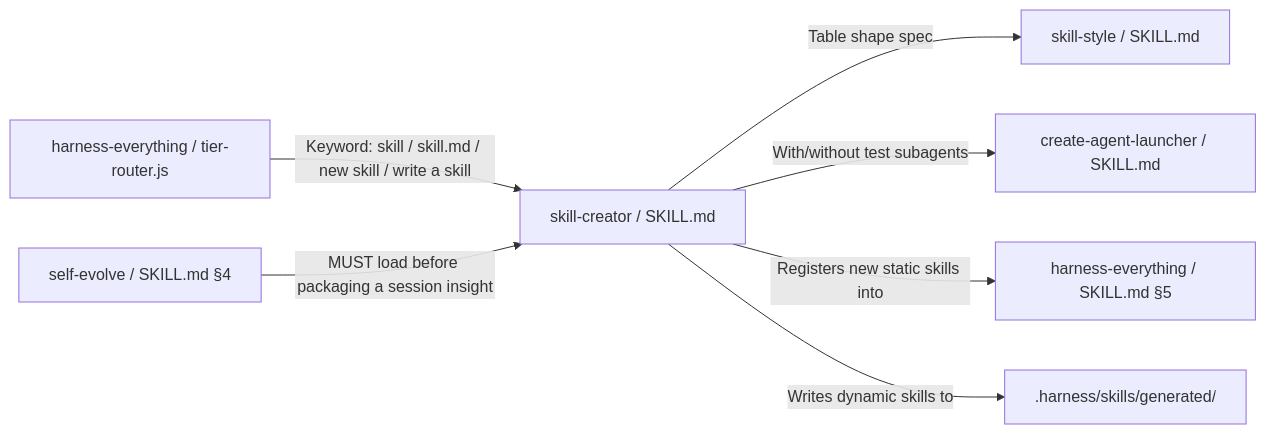
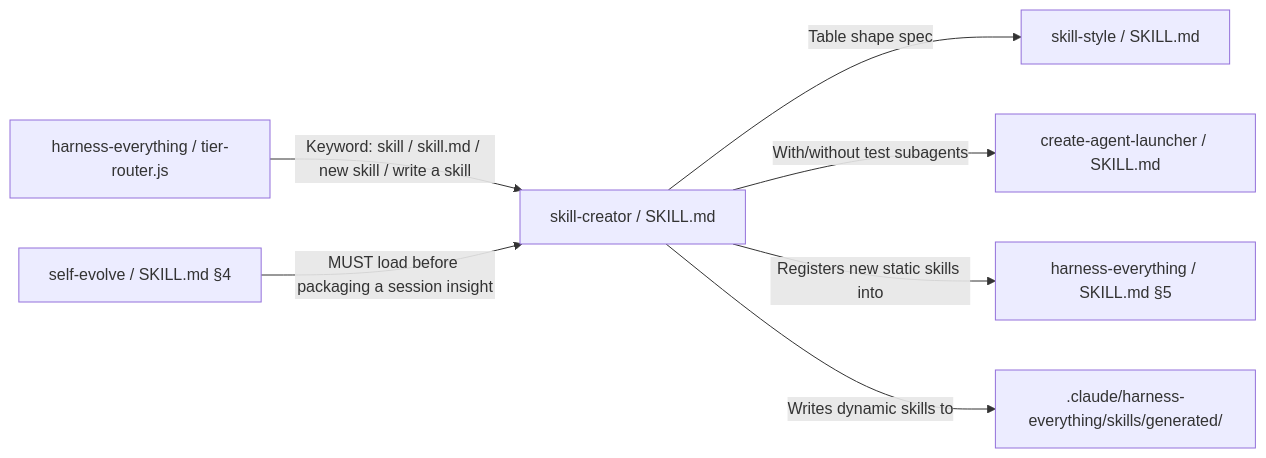
One commit to dyphn1/Harness-everything changed the second of 3 diagrams in docs/workflows/skill-creator.md. Above: the diagram before and after it, drawn with Mermaid. The commit also changed other lines of this file and 42 other files, not shown here.

````diff
--- a/docs/workflows/skill-creator.md
+++ b/docs/workflows/skill-creator.md
@@ -32,9 +32,9 @@
 ```mermaid
 graph LR
   Router["harness-everything / tier-router.js"] -->|Keyword: skill / skill.md / new skill / write a skill| Creator["skill-creator / SKILL.md"]
   Creator -->|Table shape spec| SkillStyle["skill-style / SKILL.md"]
   Creator -->|With/without test subagents| Launcher["create-agent-launcher / SKILL.md"]
   Creator -->|Registers new static skills into| Registry["harness-everything / SKILL.md §5"]
   Evolve["self-evolve / SKILL.md §4"] -->|MUST load before packaging a session insight| Creator
-  Creator -->|Writes dynamic skills to| Generated[".harness/skills/generated/"]
+  Creator -->|Writes dynamic skills to| Generated[".claude/harness-everything/skills/generated/"]
 ```
````
